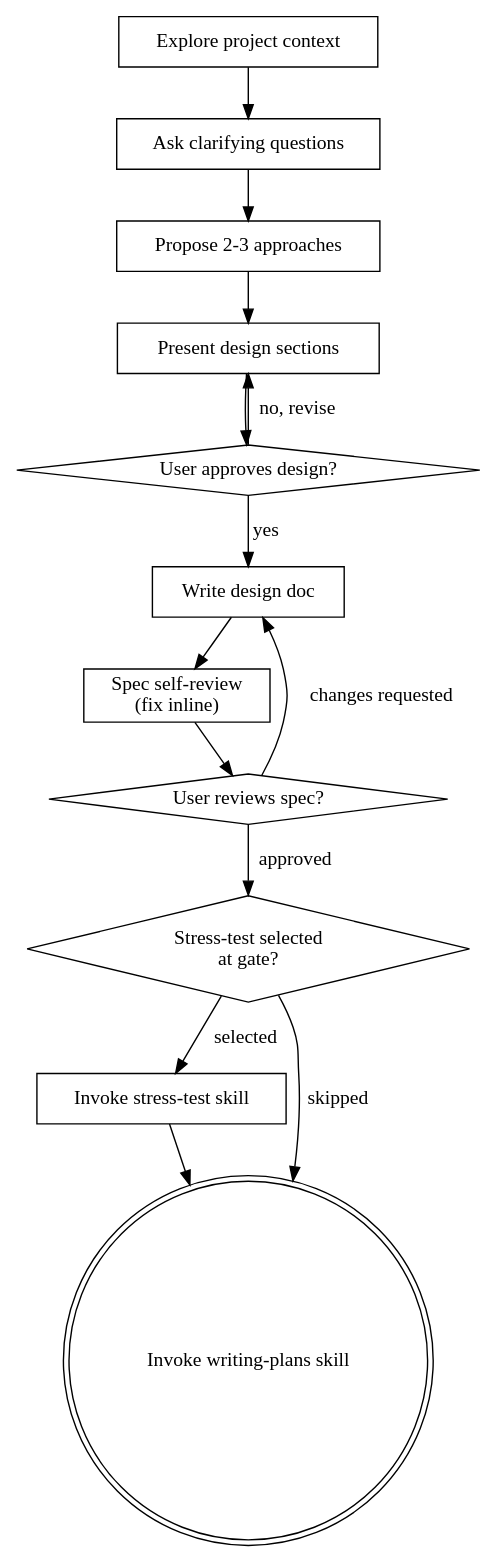
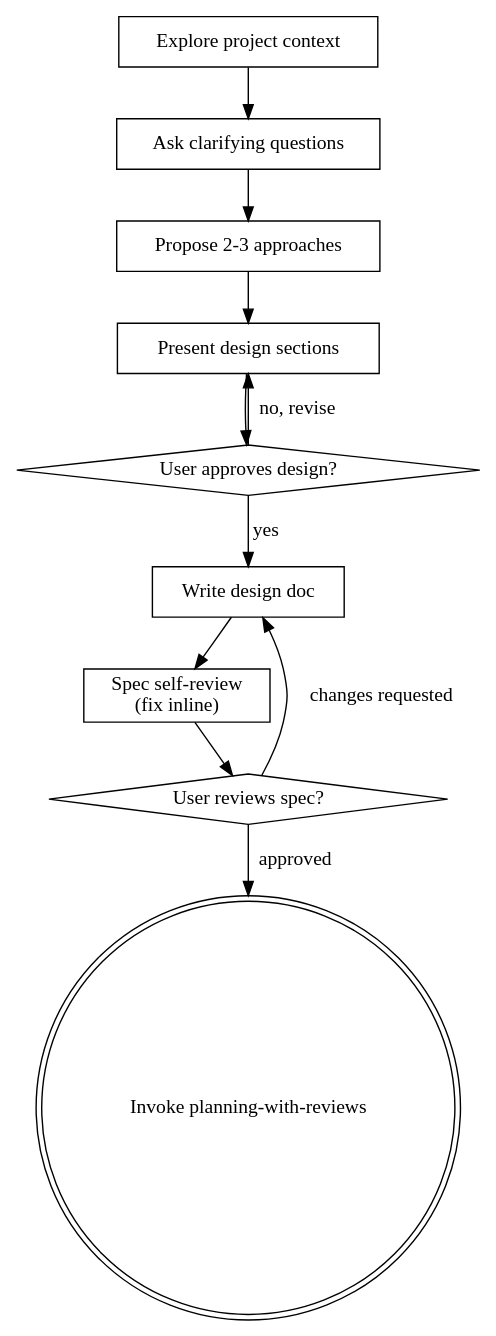
Before and after one commit to strider4560/beads-superpowers: the diagram in skills/brainstorming/SKILL.md, drawn with Graphviz. The commit also changed other lines of this file and 1 other file, not shown here.

First line of the commit message:
feat: brainstorming hands to planning-with-reviews (beads-superpowers-cxk)

````diff
--- a/skills/brainstorming/SKILL.md
+++ b/skills/brainstorming/SKILL.md
@@ -39,29 +62,24 @@
 ```dot
 digraph brainstorming {
     "Explore project context" [shape=box];
     "Ask clarifying questions" [shape=box];
     "Propose 2-3 approaches" [shape=box];
     "Present design sections" [shape=box];
     "User approves design?" [shape=diamond];
     "Write design doc" [shape=box];
     "Spec self-review\n(fix inline)" [shape=box];
     "User reviews spec?" [shape=diamond];
-    "Stress-test selected\nat gate?" [shape=diamond];
-    "Invoke stress-test skill" [shape=box];
-    "Invoke writing-plans skill" [shape=doublecircle];
+    "Invoke planning-with-reviews" [shape=doublecircle];
 
     "Explore project context" -> "Ask clarifying questions";
     "Ask clarifying questions" -> "Propose 2-3 approaches";
     "Propose 2-3 approaches" -> "Present design sections";
     "Present design sections" -> "User approves design?";
     "User approves design?" -> "Present design sections" [label="no, revise"];
     "User approves design?" -> "Write design doc" [label="yes"];
     "Write design doc" -> "Spec self-review\n(fix inline)";
     "Spec self-review\n(fix inline)" -> "User reviews spec?";
     "User reviews spec?" -> "Write design doc" [label="changes requested"];
-    "User reviews spec?" -> "Stress-test selected\nat gate?" [label="approved"];
-    "Stress-test selected\nat gate?" -> "Invoke stress-test skill" [label="selected"];
-    "Stress-test selected\nat gate?" -> "Invoke writing-plans skill" [label="skipped"];
-    "Invoke stress-test skill" -> "Invoke writing-plans skill";
+    "User reviews spec?" -> "Invoke planning-with-reviews" [label="approved"];
 }
 ```
````
